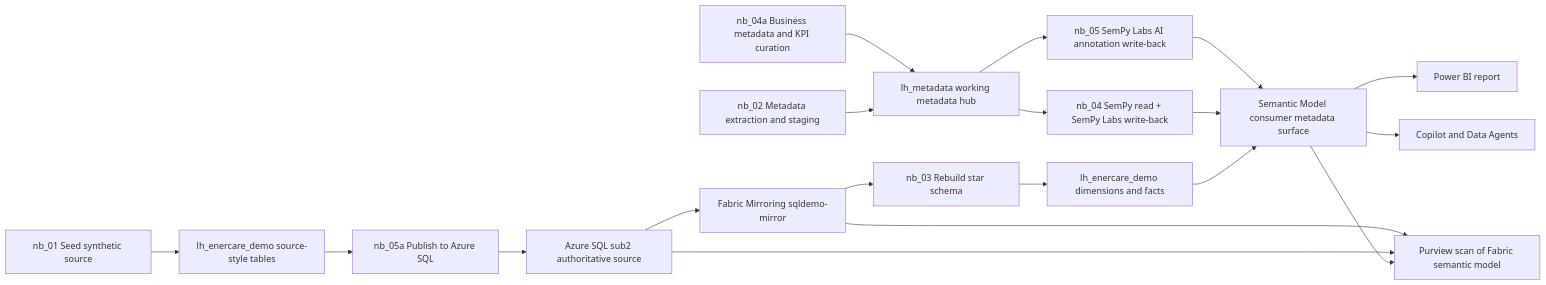
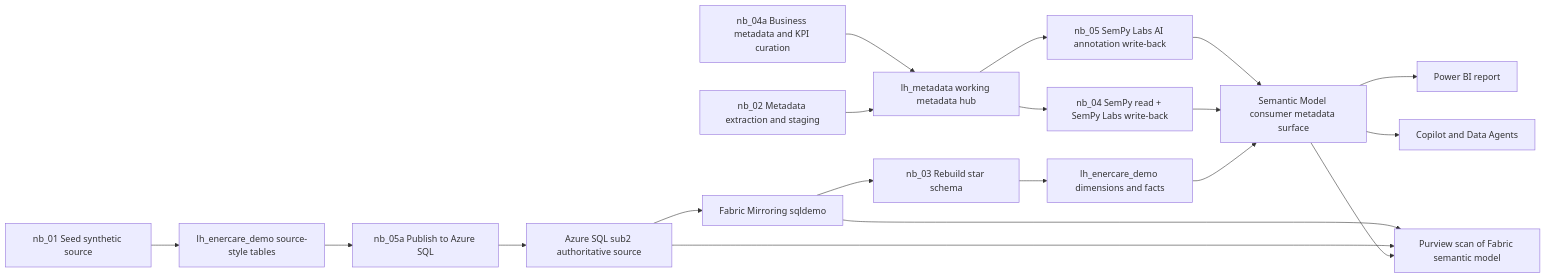
One commit to RangerXP/sql-metadata-mirror changed the diagram in docs/demo-explanation-guide.md. Above: the diagram before and after it, drawn with Mermaid. The commit also changed 10 other files, not shown here.

````diff
--- a/docs/demo-explanation-guide.md
+++ b/docs/demo-explanation-guide.md
@@ -20,21 +20,21 @@
 ```mermaid
 flowchart LR
     A[nb_01 Seed synthetic source] --> B[lh_enercare_demo source-style tables]
     B --> C[nb_05a Publish to Azure SQL]
     C --> D[Azure SQL sub2 authoritative source]
-    D --> E[Fabric Mirroring sqldemo-mirror]
+    D --> E[Fabric Mirroring sqldemo]
     E --> F[nb_03 Rebuild star schema]
     F --> G[lh_enercare_demo dimensions and facts]
     G --> H[Semantic Model consumer metadata surface]
     I[nb_02 Metadata extraction and staging] --> J[lh_metadata working metadata hub]
     K[nb_04a Business metadata and KPI curation] --> J
     J --> L[nb_04 SemPy read + SemPy Labs write-back]
     J --> M[nb_05 SemPy Labs AI annotation write-back]
     L --> H
     M --> H
     H --> N[Power BI report]
     H --> O[Copilot and Data Agents]
     H --> P[Purview scan of Fabric semantic model]
     D --> P
     E --> P
 ```
````
